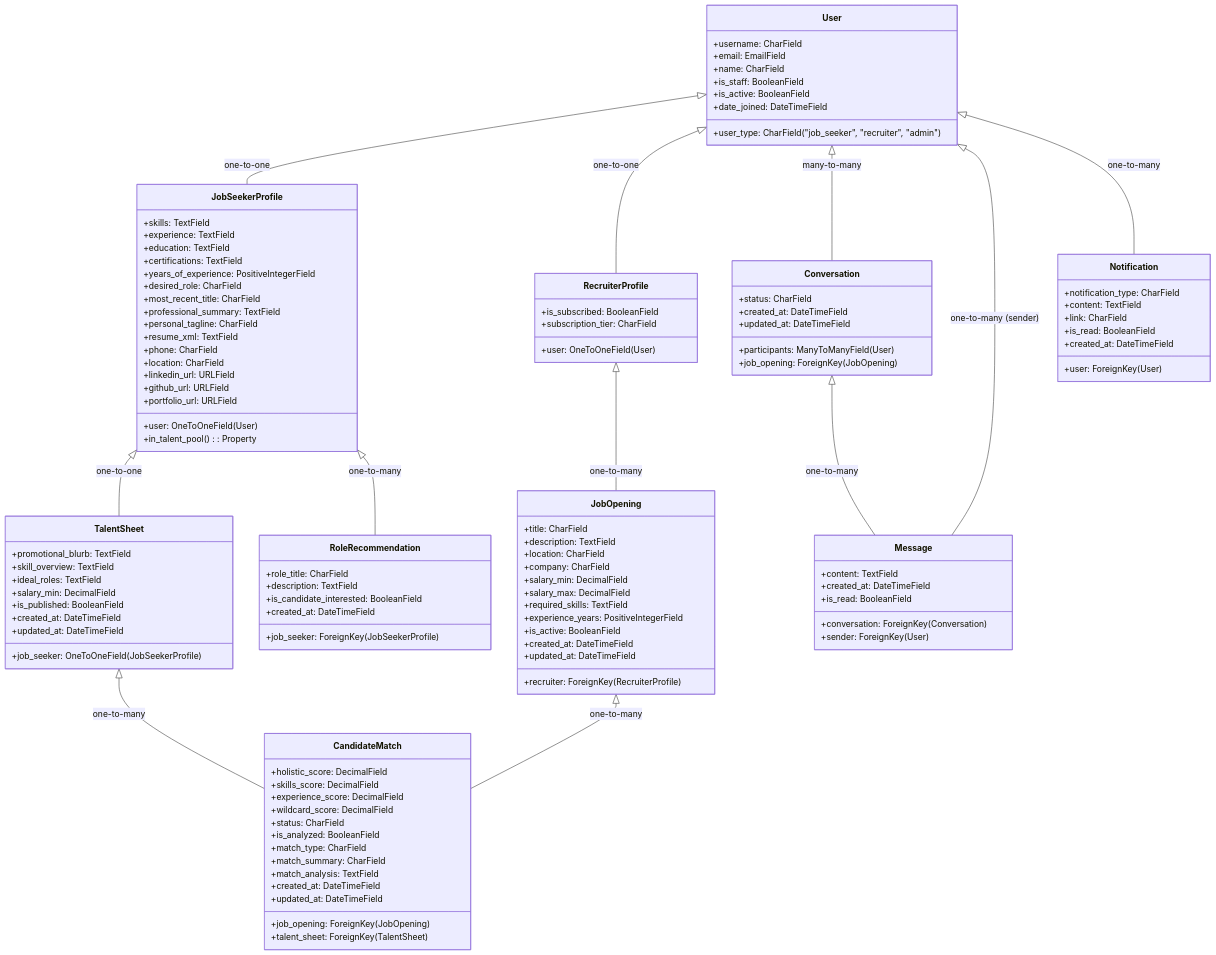
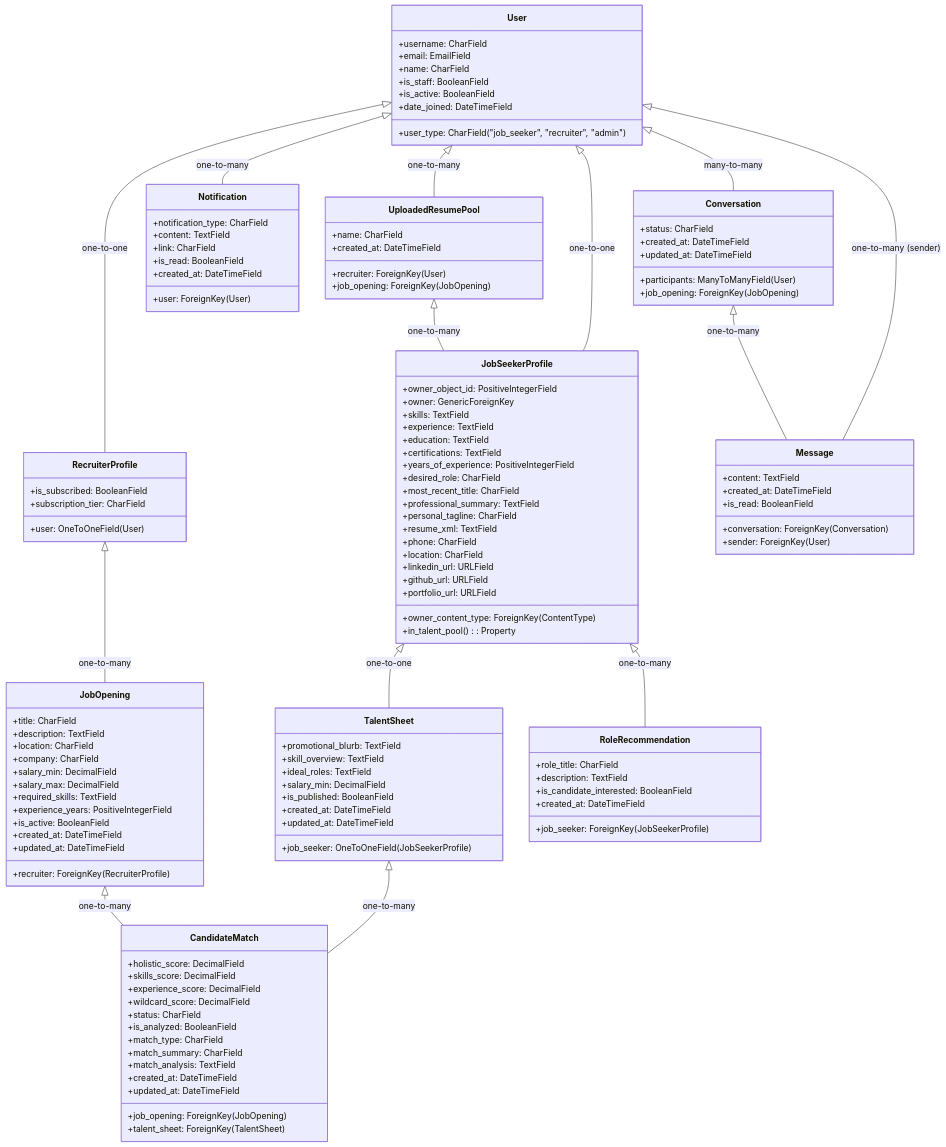
Before and after one commit to btfranklin/hiredar-saas-archive: the diagram in docs/MODELS.md, drawn with Mermaid. The commit also changed other lines of this file and 1 other file, not shown here.

First line of the commit message:
Enhance documentation for job seeker functionality and models

```diff
--- a/docs/MODELS.md
+++ b/docs/MODELS.md
@@ -17,6 +17,8 @@
     User <|-- Message : one-to-many (sender)
     Conversation <|-- Message : one-to-many
     User <|-- Notification : one-to-many
+    User <|-- UploadedResumePool : one-to-many
+    UploadedResumePool <|-- JobSeekerProfile : one-to-many
 
     class User {
         +username: CharField
@@ -29,7 +31,9 @@
     }
     
     class JobSeekerProfile {
-        +user: OneToOneField(User)
+        +owner_content_type: ForeignKey(ContentType)
+        +owner_object_id: PositiveIntegerField
+        +owner: GenericForeignKey
         +skills: TextField
         +experience: TextField
         +education: TextField
@@ -67,6 +71,13 @@
         +is_active: BooleanField
         +created_at: DateTimeField
         +updated_at: DateTimeField
+    }
+    
+    class UploadedResumePool {
+        +recruiter: ForeignKey(User)
+        +job_opening: ForeignKey(JobOpening)
+        +name: CharField
+        +created_at: DateTimeField
     }
     
     class CandidateMatch {
```
